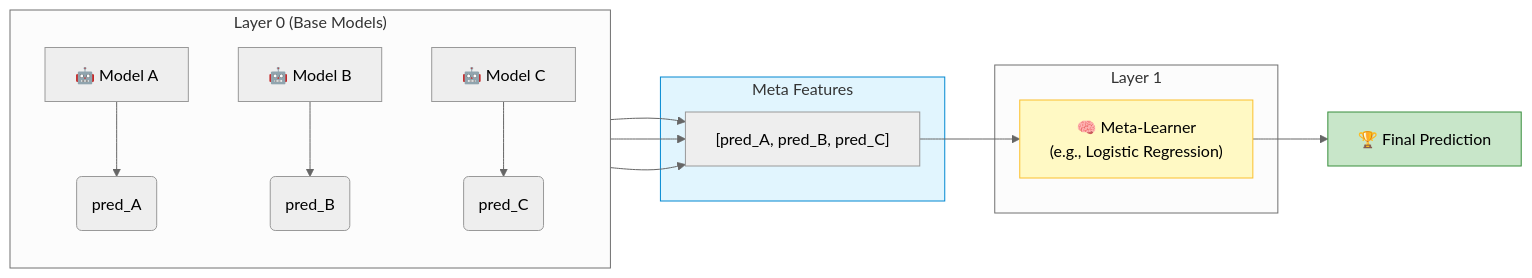
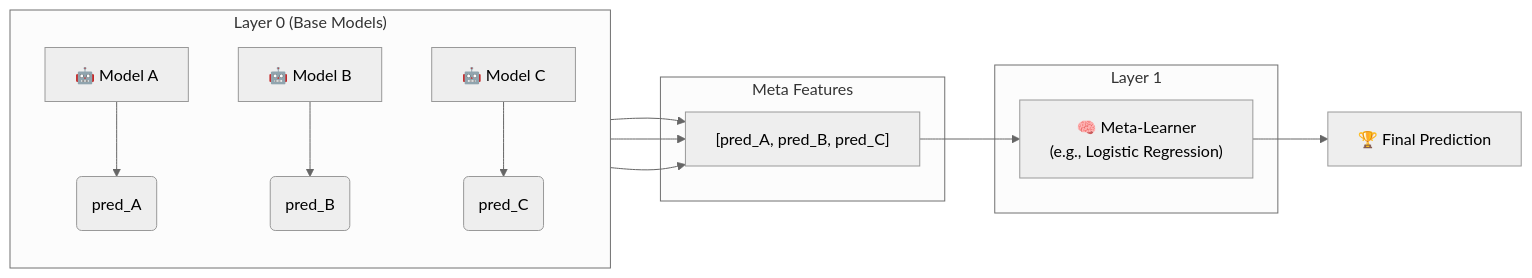
Before and after one commit to sandaruns2004/Full-ML-DL-CV-and-Data-Science-Roadmap: the diagram in 03-Ensemble-Methods/12-Stacking.md, drawn with Mermaid (neutral theme). The commit also changed other lines of this file and 100 other files, not shown here.

````diff
--- a/03-Ensemble-Methods/12-Stacking.md
+++ b/03-Ensemble-Methods/12-Stacking.md
@@ -28,28 +51,24 @@
 ```mermaid
 flowchart LR
     subgraph Layer_0 ["Layer 0 (Base Models)"]
         direction TB
         M_A["🤖 Model A"] --> P_A("pred_A")
         M_B["🤖 Model B"] --> P_B("pred_B")
         M_C["🤖 Model C"] --> P_C("pred_C")
     end
     
     subgraph Features ["Meta Features"]
         F["[pred_A, pred_B, pred_C]"]
     end
     
     subgraph Layer_1 ["Layer 1"]
         Meta["🧠 Meta-Learner\n(e.g., Logistic Regression)"]
     end
     
     P_A --> F
     P_B --> F
     P_C --> F
     
     F --> Meta
     Meta --> Final["🏆 Final Prediction"]
-    
-    style Features fill:#e1f5fe,stroke:#0288d1
-    style Meta fill:#fff9c4,stroke:#fbc02d
-    style Final fill:#c8e6c9,stroke:#388e3c
 ```
````
